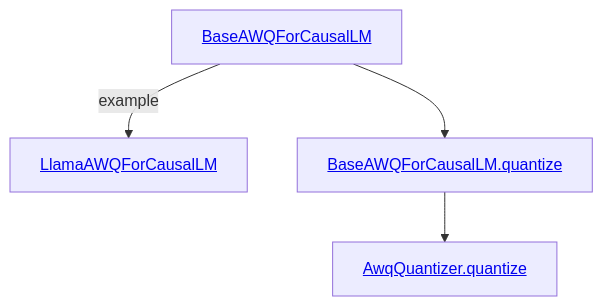
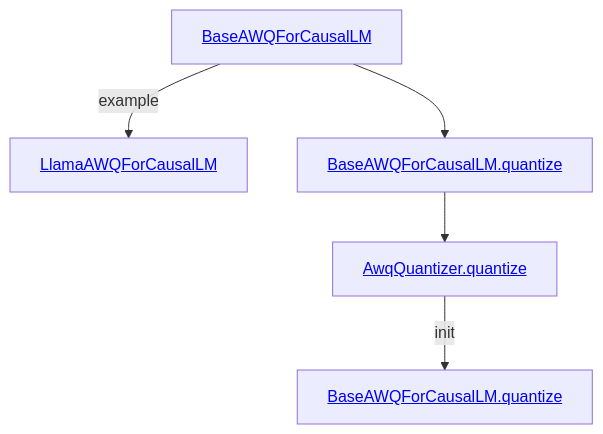
The diagram in README.md (w32zhong/AutoAWQ), drawn with Mermaid before and after one commit.

````diff
--- a/README.md
+++ b/README.md
@@ -2,9 +2,11 @@
 ```mermaid
 graph TD;
     BaseAWQForCausalLM[<a href="https://github.com/w32zhong/AutoAWQ/blob/1c5787f5c44acc2753c0e30e4b59412343cb4a71/awq/models/base.py#L89">BaseAWQForCausalLM</a>]
     LlamaAWQForCausalLM[<a href="https://github.com/w32zhong/AutoAWQ/blob/1c5787f5c44acc2753c0e30e4b59412343cb4a71/awq/models/llama.py#L14">LlamaAWQForCausalLM</a>]
     BaseAWQForCausalLM -->|example| LlamaAWQForCausalLM
     BaseAWQForCausalLM_quantize[<a href="https://github.com/w32zhong/AutoAWQ/blob/1c5787f5c44acc2753c0e30e4b59412343cb4a71/awq/models/base.py#L129">BaseAWQForCausalLM.quantize</a>]
     BaseAWQForCausalLM --> BaseAWQForCausalLM_quantize --> AwqQuantizer_quantize
     AwqQuantizer_quantize[<a href="https://github.com/w32zhong/AutoAWQ/blob/1c5787f5c44acc2753c0e30e4b59412343cb4a71/awq/quantize/quantizer.py#L27">AwqQuantizer.quantize</a>]
+    AwqQuantizer_quantize -->|init| AwqQuantizer.init_quant
+    AwqQuantizer.init_quant[<a href="https://github.com/w32zhong/AutoAWQ/blob/1c5787f5c44acc2753c0e30e4b59412343cb4a71/awq/quantize/quantizer.py#L544">BaseAWQForCausalLM.quantize</a>]
 ```
````
